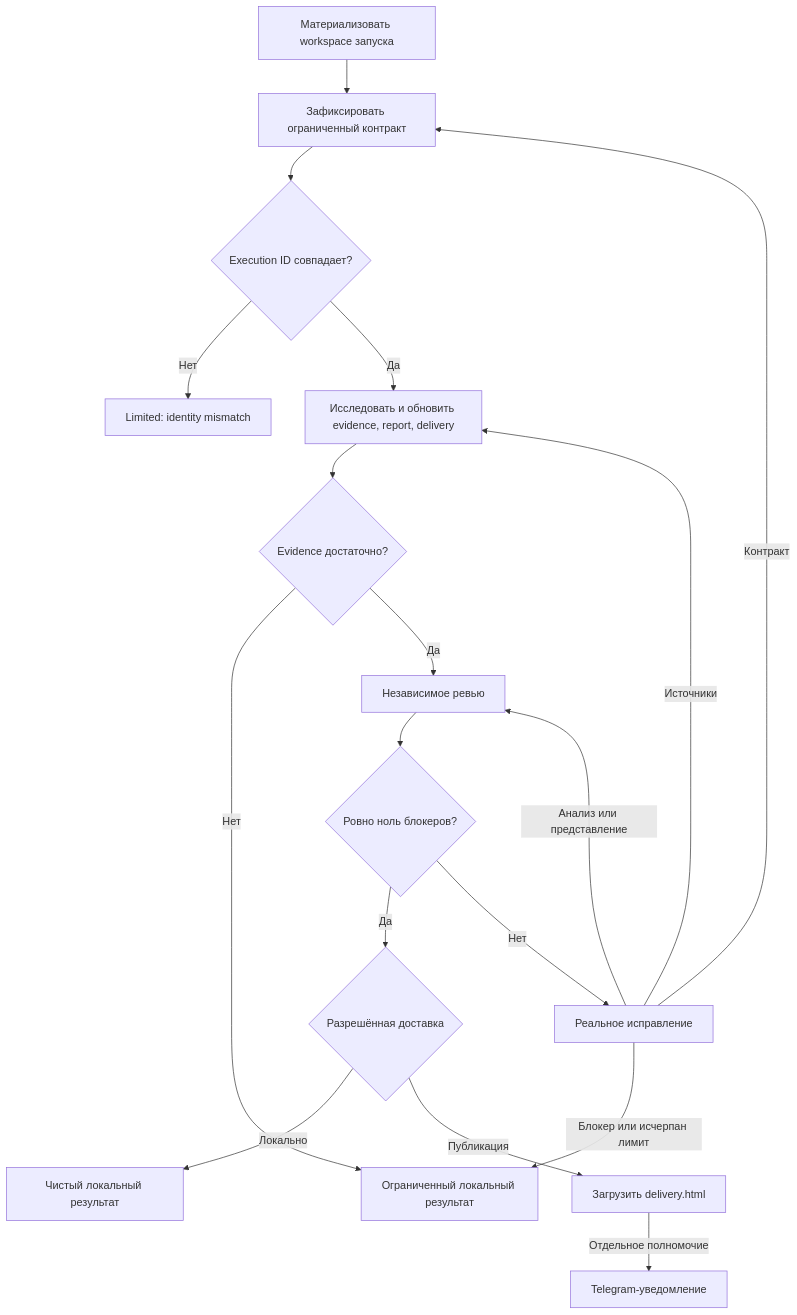
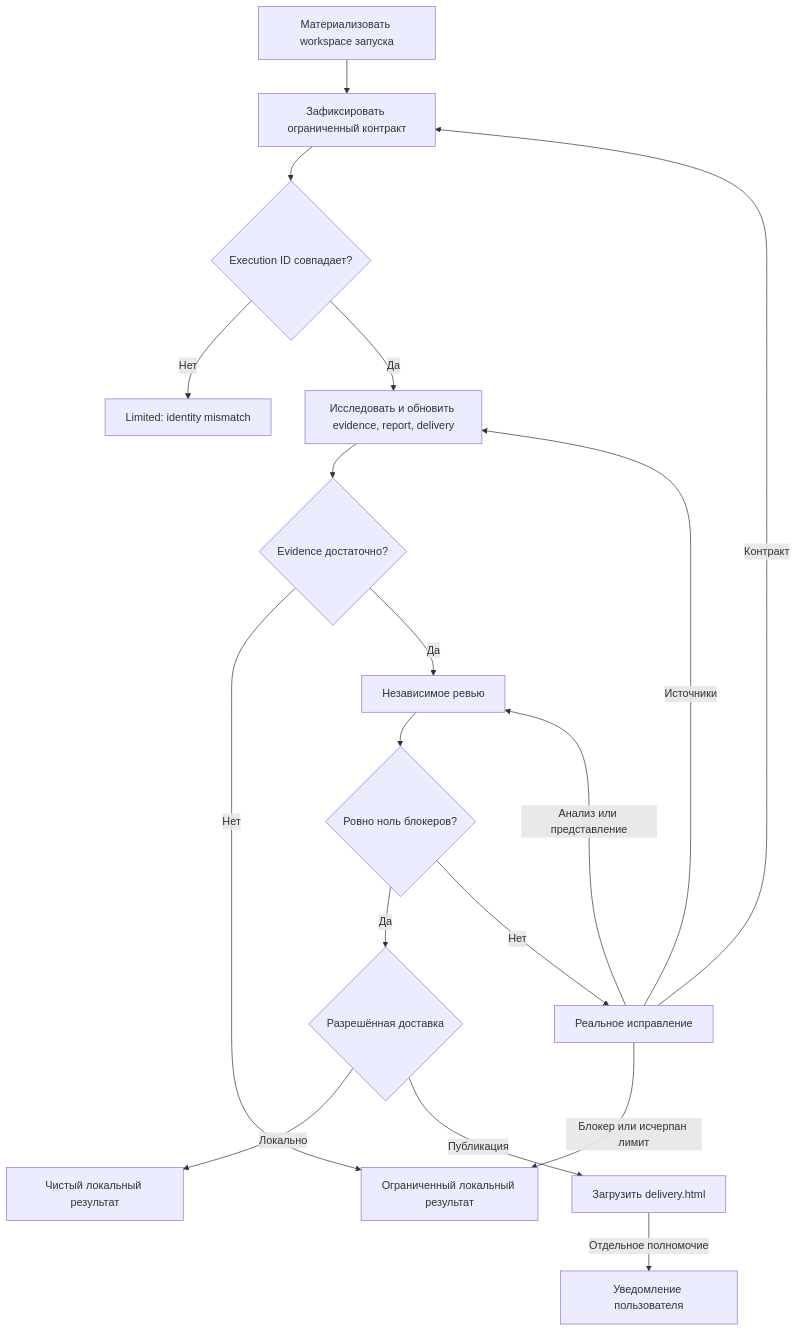
Before and after one commit to moira-mcp/moira: the diagram in packages/docs/src/content/docs/ru/docs/reference/workflows/iterative-research.mdx, drawn with Mermaid. The commit also changed other lines of this file and 215 other files, not shown here.

````diff
--- a/packages/docs/src/content/docs/ru/docs/reference/workflows/iterative-research.mdx
+++ b/packages/docs/src/content/docs/ru/docs/reference/workflows/iterative-research.mdx
@@ -45,20 +45,20 @@
 ```mermaid
 flowchart TD
     A[Материализовать workspace запуска] --> B[Зафиксировать ограниченный контракт]
     B --> C{Execution ID совпадает?}
     C -->|Нет| X[Limited: identity mismatch]
     C -->|Да| D[Исследовать и обновить evidence, report, delivery]
     D --> E{Evidence достаточно?}
     E -->|Нет| L[Ограниченный локальный результат]
     E -->|Да| F[Независимое ревью]
     F --> G{Ровно ноль блокеров?}
     G -->|Да| H{Разрешённая доставка}
     G -->|Нет| I[Реальное исправление]
     I -->|Контракт| B
     I -->|Источники| D
     I -->|Анализ или представление| F
     I -->|Блокер или исчерпан лимит| L
     H -->|Локально| J[Чистый локальный результат]
     H -->|Публикация| K[Загрузить delivery.html]
-    K -->|Отдельное полномочие| N[Telegram-уведомление]
+    K -->|Отдельное полномочие| N[Уведомление пользователя]
 ```
````
